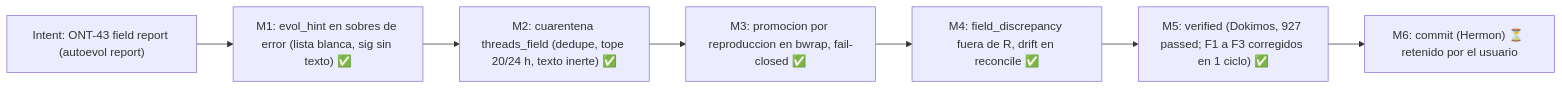
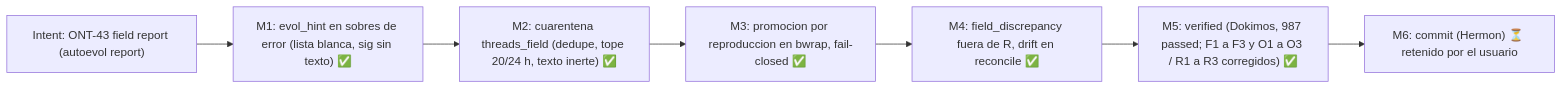
Diagram 24 of 28 in README.md (ancrz/agent-execution-plane), drawn with Mermaid before and after one commit. The commit also changed other lines of this file and 6 other files, not shown here.

````diff
--- a/README.md
+++ b/README.md
@@ -1161,9 +1161,9 @@
 ```mermaid
 flowchart LR
     I["Intent: ONT-43 field report (autoevol report)"] --> M1["M1: evol_hint en sobres de error (lista blanca, sig sin texto) ✅"]
     M1 --> M2["M2: cuarentena threads_field (dedupe, tope 20/24 h, texto inerte) ✅"]
     M2 --> M3["M3: promocion por reproduccion en bwrap, fail-closed ✅"]
     M3 --> M4["M4: field_discrepancy fuera de R, drift en reconcile ✅"]
-    M4 --> M5["M5: verified (Dokimos, 927 passed; F1 a F3 corregidos en 1 ciclo) ✅"]
+    M4 --> M5["M5: verified (Dokimos, 987 passed; F1 a F3 y O1 a O3 / R1 a R3 corregidos) ✅"]
     M5 --> M6["M6: commit (Hermon) ⏳ retenido por el usuario"]
 ```
````
